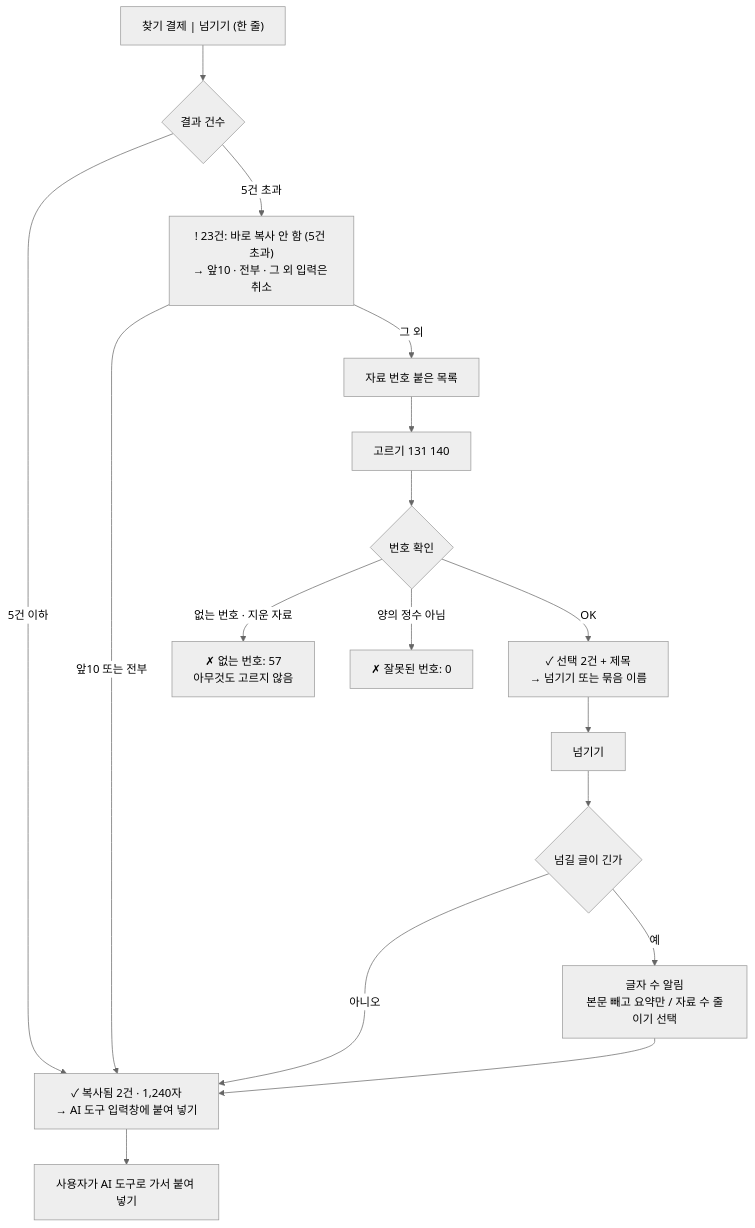
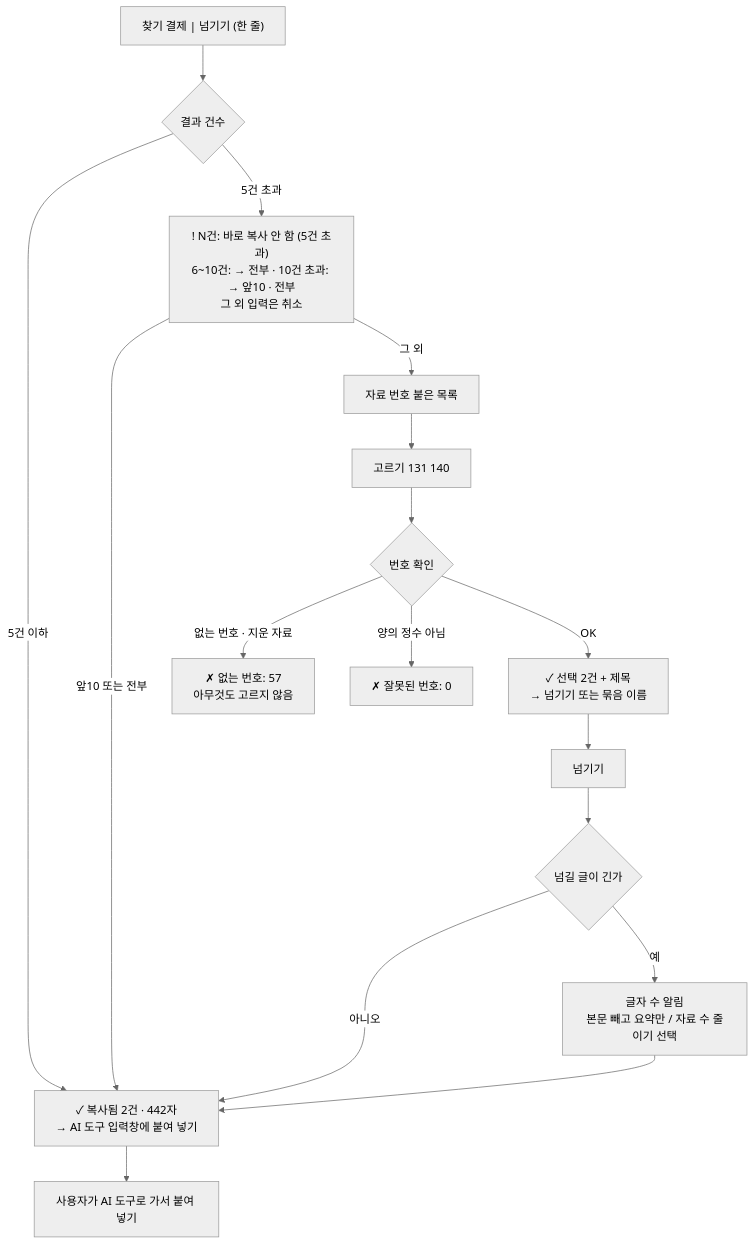
The sixth of 10 diagrams in docs/planning/user-flow.md (delightPIP/grep), drawn with Mermaid (neutral theme) before and after one commit. The commit also changed other lines of this file and 23 other files, not shown here.

````diff
--- a/docs/planning/user-flow.md
+++ b/docs/planning/user-flow.md
@@ -187,20 +187,20 @@
 ```mermaid
 flowchart TD
     A["자료 번호 붙은 목록"] --> B["고르기 131 140"]
     B --> C{"번호 확인"}
     C -- "없는 번호 · 지운 자료" --> D["✗ 없는 번호: 57<br/>아무것도 고르지 않음"]
     C -- "양의 정수 아님" --> E["✗ 잘못된 번호: 0"]
     C -- "OK" --> F["✓ 선택 2건 + 제목<br/>→ 넘기기 또는 묶음 이름"]
     F --> G["넘기기"]
     G --> H{"넘길 글이 긴가"}
-    H -- "아니오" --> I["✓ 복사됨  2건 · 1,240자<br/>→ AI 도구 입력창에 붙여 넣기"]
+    H -- "아니오" --> I["✓ 복사됨  2건 · 442자<br/>→ AI 도구 입력창에 붙여 넣기"]
     H -- "예" --> J["글자 수 알림<br/>본문 빼고 요약만 / 자료 수 줄이기 선택"]
     J --> I
     I --> K["사용자가 AI 도구로 가서 붙여 넣기"]
 
     P["찾기 결제 | 넘기기 (한 줄)"] --> Q{"결과 건수"}
     Q -- "5건 이하" --> I
-    Q -- "5건 초과" --> R["! 23건: 바로 복사 안 함 (5건 초과)<br/>→ 앞10 · 전부 · 그 외 입력은 취소"]
+    Q -- "5건 초과" --> R["! N건: 바로 복사 안 함 (5건 초과)<br/>6~10건: → 전부 · 10건 초과: → 앞10 · 전부<br/>그 외 입력은 취소"]
     R -- "앞10 또는 전부" --> I
     R -- "그 외" --> A
 ```
````
